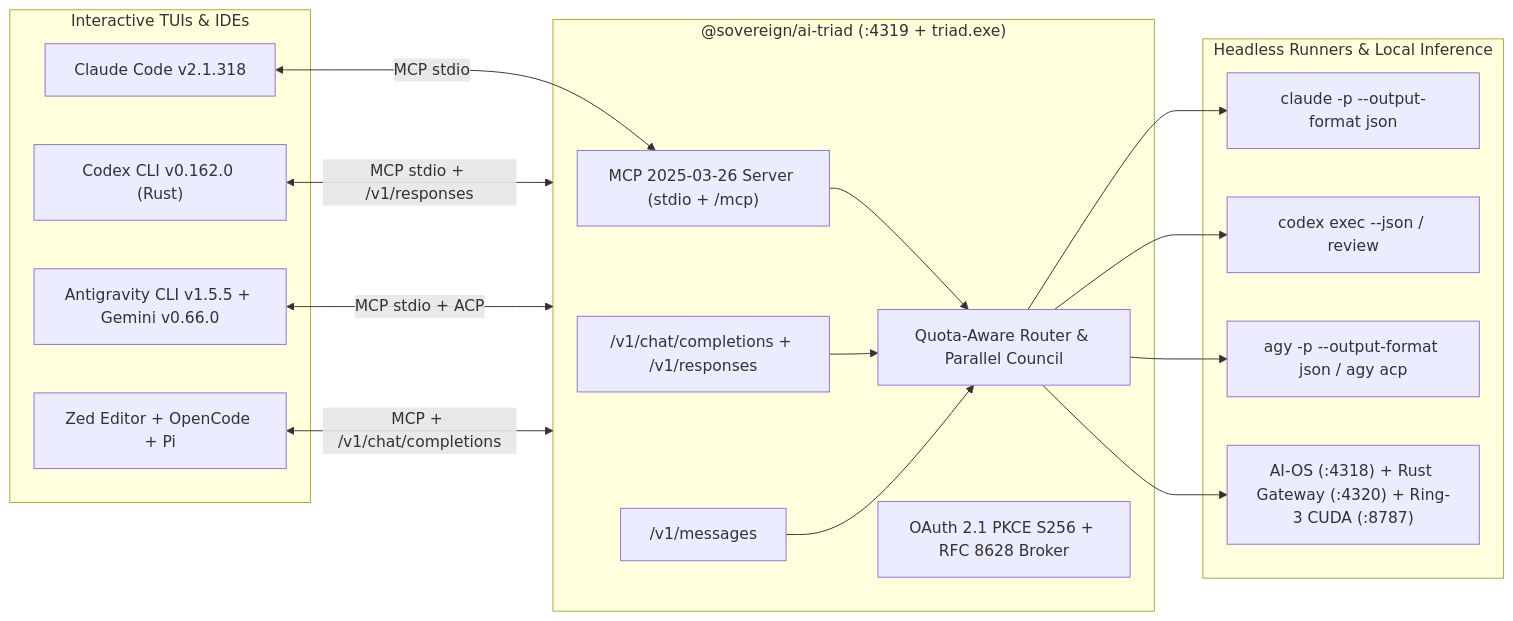
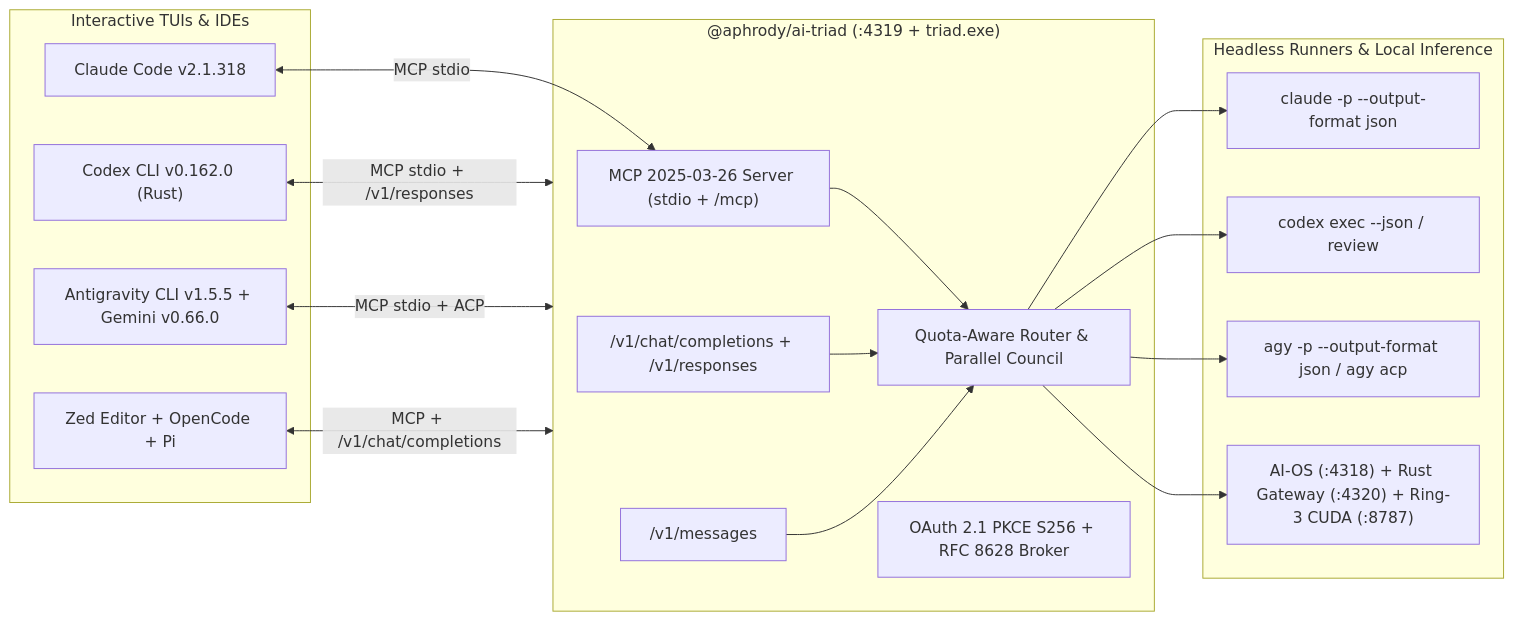
One commit to aphrody-dev/ai-triad changed the diagram in docs/CROSS_PROVIDER_ARCHITECTURE.md. Above: the diagram before and after it, drawn with Mermaid. The commit also changed other lines of this file and 5 other files, not shown here.

````diff
--- a/docs/CROSS_PROVIDER_ARCHITECTURE.md
+++ b/docs/CROSS_PROVIDER_ARCHITECTURE.md
@@ -14,37 +14,37 @@
 ```mermaid
 flowchart LR
   subgraph TUIs_IDEs["Interactive TUIs & IDEs"]
     ClaudeTUI["Claude Code v2.1.318"]
     CodexTUI["Codex CLI v0.162.0 (Rust)"]
     AgyTUI["Antigravity CLI v1.5.5 + Gemini v0.66.0"]
     ZedIDE["Zed Editor + OpenCode + Pi"]
   end
 
-  subgraph Hub["@sovereign/ai-triad (:4319 + triad.exe)"]
+  subgraph Hub["@aphrody/ai-triad (:4319 + triad.exe)"]
     MCP["MCP 2025-03-26 Server (stdio + /mcp)"]
     OAI["/v1/chat/completions + /v1/responses"]
     ANT["/v1/messages"]
     Router["Quota-Aware Router & Parallel Council"]
     OAuth["OAuth 2.1 PKCE S256 + RFC 8628 Broker"]
   end
 
   subgraph Backends["Headless Runners & Local Inference"]
     ClaudeP["claude -p --output-format json"]
     CodexE["codex exec --json / review"]
     AgyP["agy -p --output-format json / agy acp"]
     Local["AI-OS (:4318) + Rust Gateway (:4320) + Ring-3 CUDA (:8787)"]
   end
 
   ClaudeTUI <-->|"MCP stdio"| MCP
   CodexTUI <-->|"MCP stdio + /v1/responses"| Hub
   AgyTUI <-->|"MCP stdio + ACP"| Hub
   ZedIDE <-->|"MCP + /v1/chat/completions"| Hub
 
   MCP --> Router
   OAI --> Router
   ANT --> Router
   Router --> ClaudeP
   Router --> CodexE
   Router --> AgyP
   Router --> Local
 ```
````
